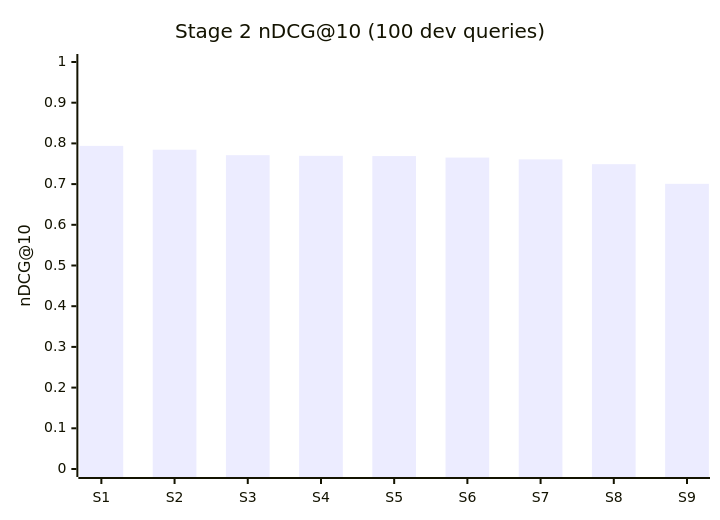
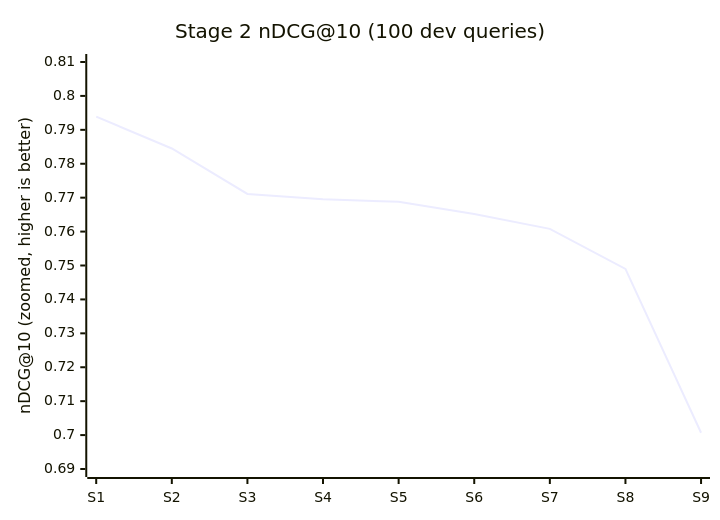
One commit to sidagarwal-labs/arxiv-search changed the third of 3 diagrams in docs/06-charts.md. Above: the diagram before and after it, drawn with Mermaid. The commit also changed other lines of this file and 2 other files, not shown here.

First line of the commit message:
Use zoomed line charts for search leaderboard comparisons

````diff
--- a/docs/06-charts.md
+++ b/docs/06-charts.md
@@ -61,7 +61,7 @@
 ```mermaid
 xychart-beta
     title "Stage 2 nDCG@10 (100 dev queries)"
     x-axis [S1, S2, S3, S4, S5, S6, S7, S8, S9]
-    y-axis "nDCG@10" 0 --> 1
-    bar [0.7939, 0.7845, 0.7711, 0.7695, 0.7688, 0.7652, 0.7608, 0.7490, 0.7007]
+    y-axis "nDCG@10 (zoomed, higher is better)" 0.69 --> 0.81
+    line [0.7939, 0.7845, 0.7711, 0.7695, 0.7688, 0.7652, 0.7608, 0.7490, 0.7007]
 ```
````
